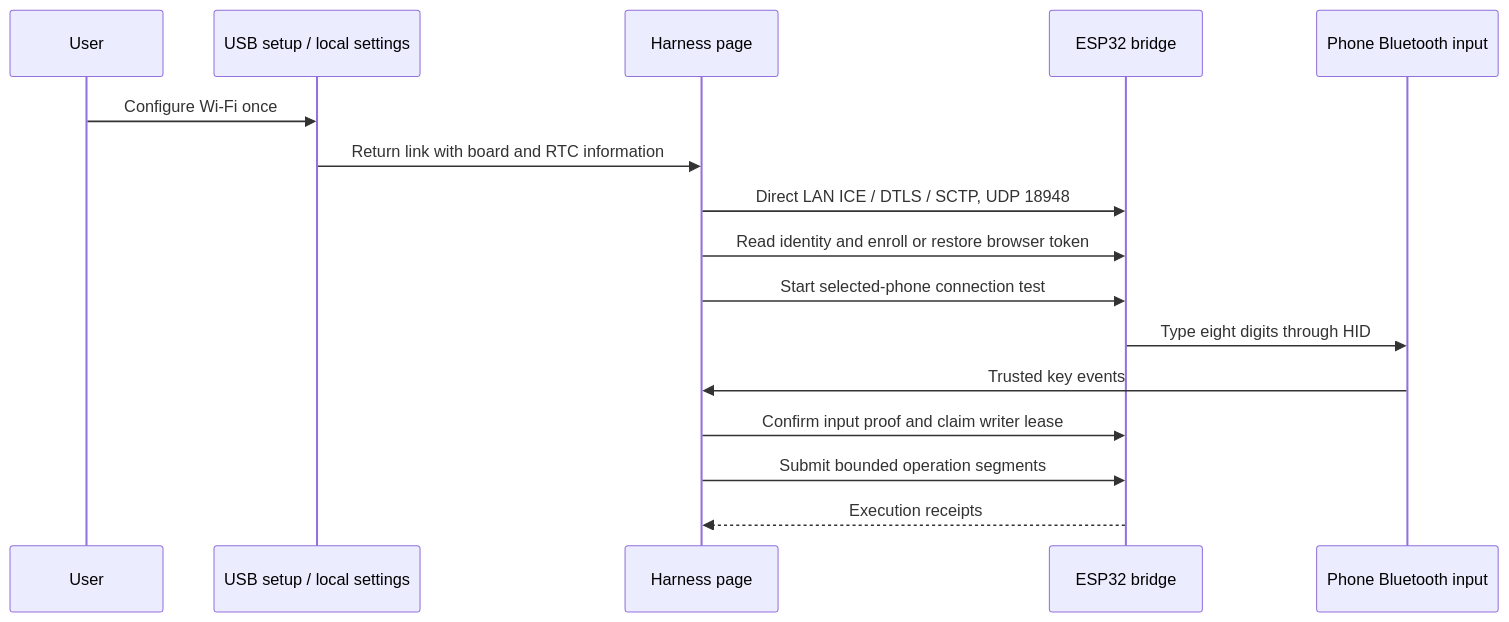
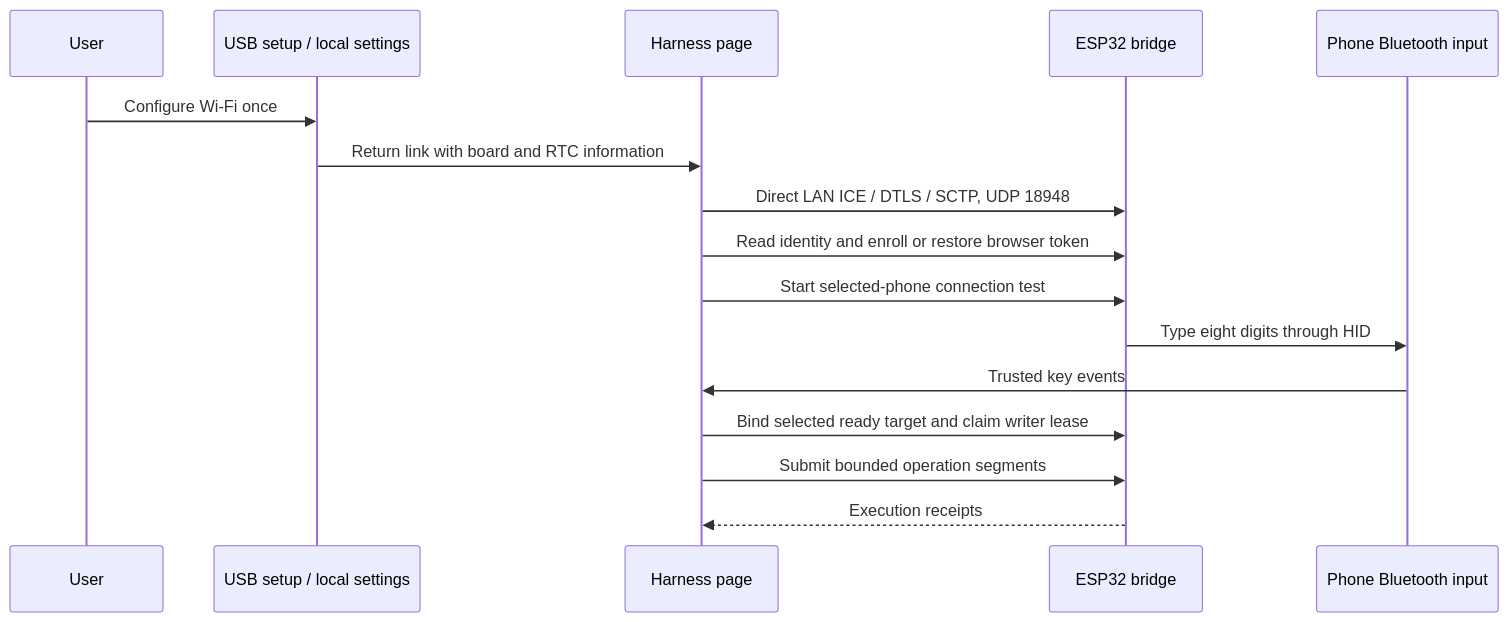
Before and after one commit to cccat6/iphone-agent-harness: the diagram in docs/architecture/secure-lan.md, drawn with Mermaid. The commit also changed other lines of this file and 101 other files, not shown here.

````diff
--- a/docs/architecture/secure-lan.md
+++ b/docs/architecture/secure-lan.md
@@ -7,18 +7,18 @@
 ```mermaid
 sequenceDiagram
   participant U as User
   participant M as USB setup / local settings
   participant W as Harness page
   participant E as ESP32 bridge
   participant P as Phone Bluetooth input
   U->>M: Configure Wi-Fi once
   M->>W: Return link with board and RTC information
   W->>E: Direct LAN ICE / DTLS / SCTP, UDP 18948
   W->>E: Read identity and enroll or restore browser token
   W->>E: Start selected-phone connection test
   E->>P: Type eight digits through HID
   P->>W: Trusted key events
-  W->>E: Confirm input proof and claim writer lease
+  W->>E: Bind selected ready target and claim writer lease
   W->>E: Submit bounded operation segments
   E-->>W: Execution receipts
 ```
````
